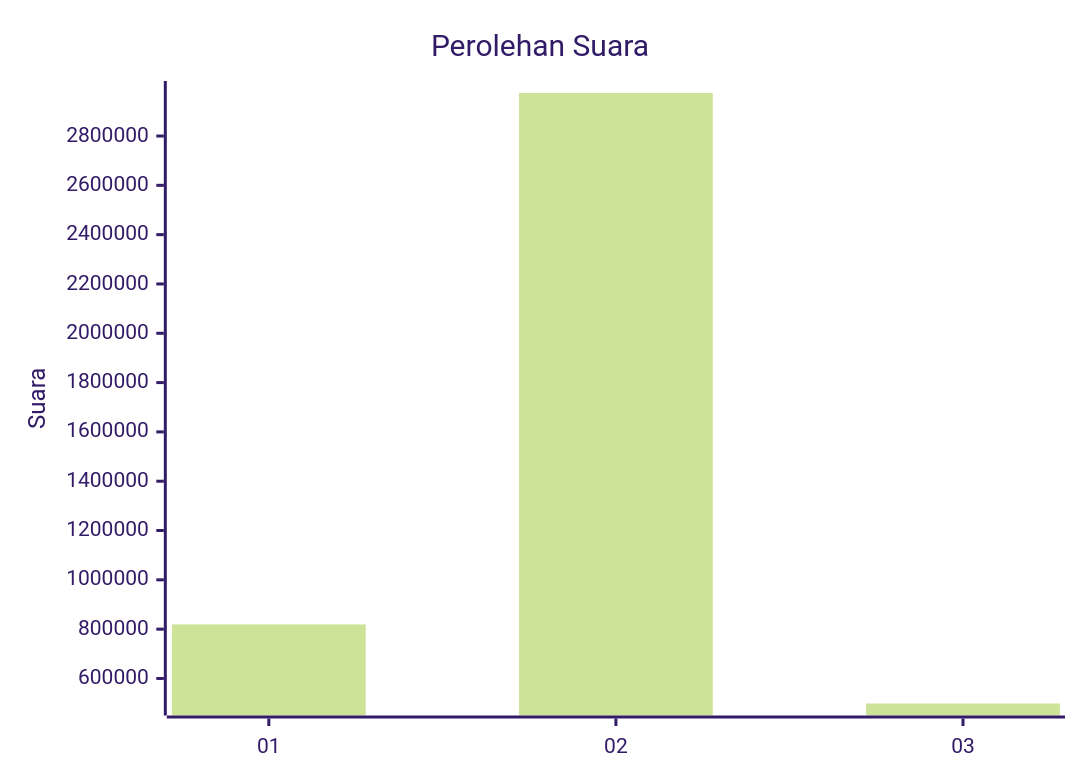
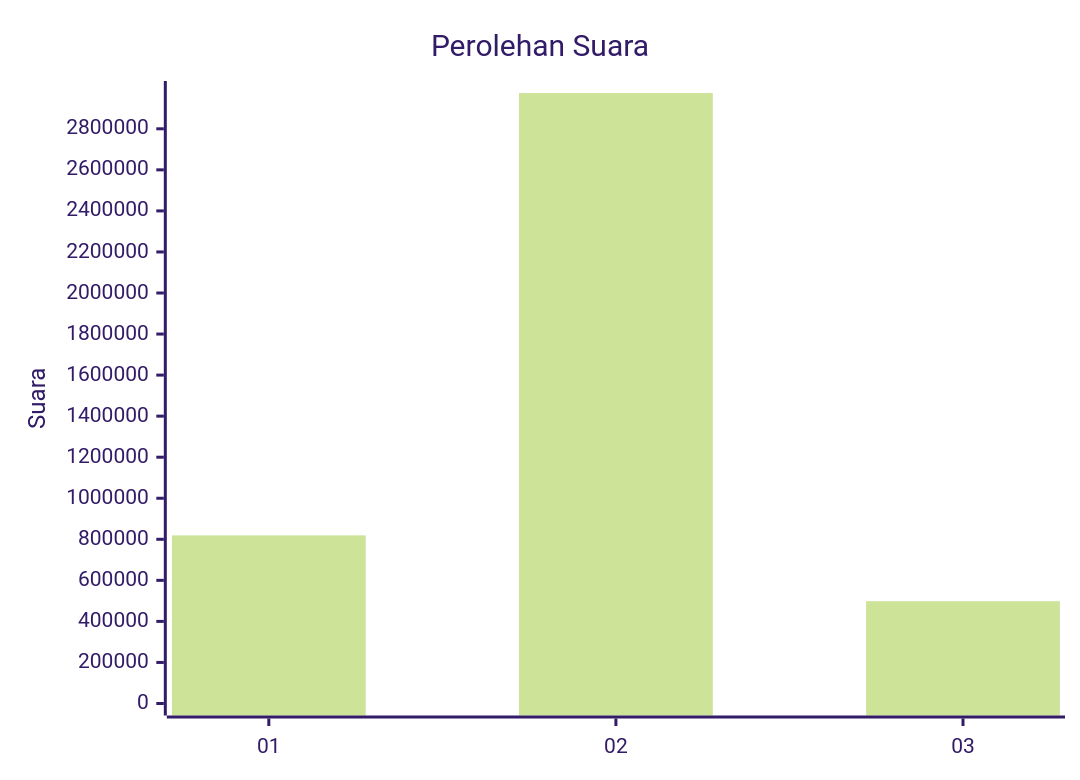
The first of 2 diagrams in pilpres/hitung-suara/sub/table-wilayah-16.md (gigit-pemilu/pemilu-2024), drawn with Mermaid (forest theme) before and after one commit. The commit also changed 42 other files, not shown here.

````diff
--- a/pilpres/hitung-suara/sub/table-wilayah-16.md
+++ b/pilpres/hitung-suara/sub/table-wilayah-16.md
@@ -7,7 +7,7 @@
 ```mermaid
 xychart-beta
     title "Perolehan Suara"
     x-axis [01, 02, 03]
-    y-axis "Suara"
+    y-axis "Suara" 0 --> 2974414
     bar [819167, 2974414, 498493]
 ```
````
